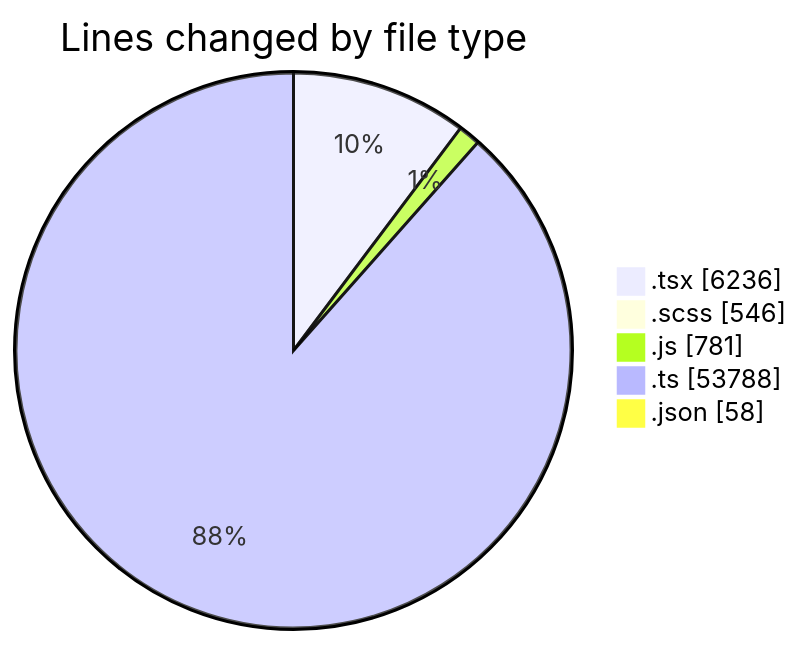
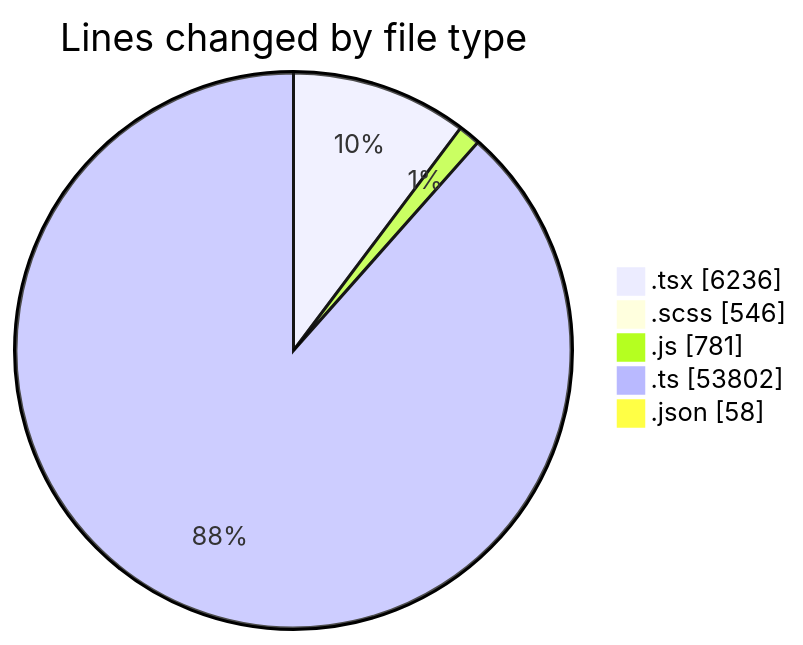
The first of 2 diagrams in 2025-11-11/cda/README.md (momahboobian/code-tracking), drawn with Mermaid before and after one commit. The commit also changed other lines of this file and 1 other file, not shown here.

````diff
--- a/2025-11-11/cda/README.md
+++ b/2025-11-11/cda/README.md
@@ -42,9 +42,9 @@
 ```mermaid
 pie showData
 title Lines changed by file type
 ".tsx" : 6236
 ".scss" : 546
 ".js" : 781
-".ts" : 53788
+".ts" : 53802
 ".json" : 58
 ```
````
